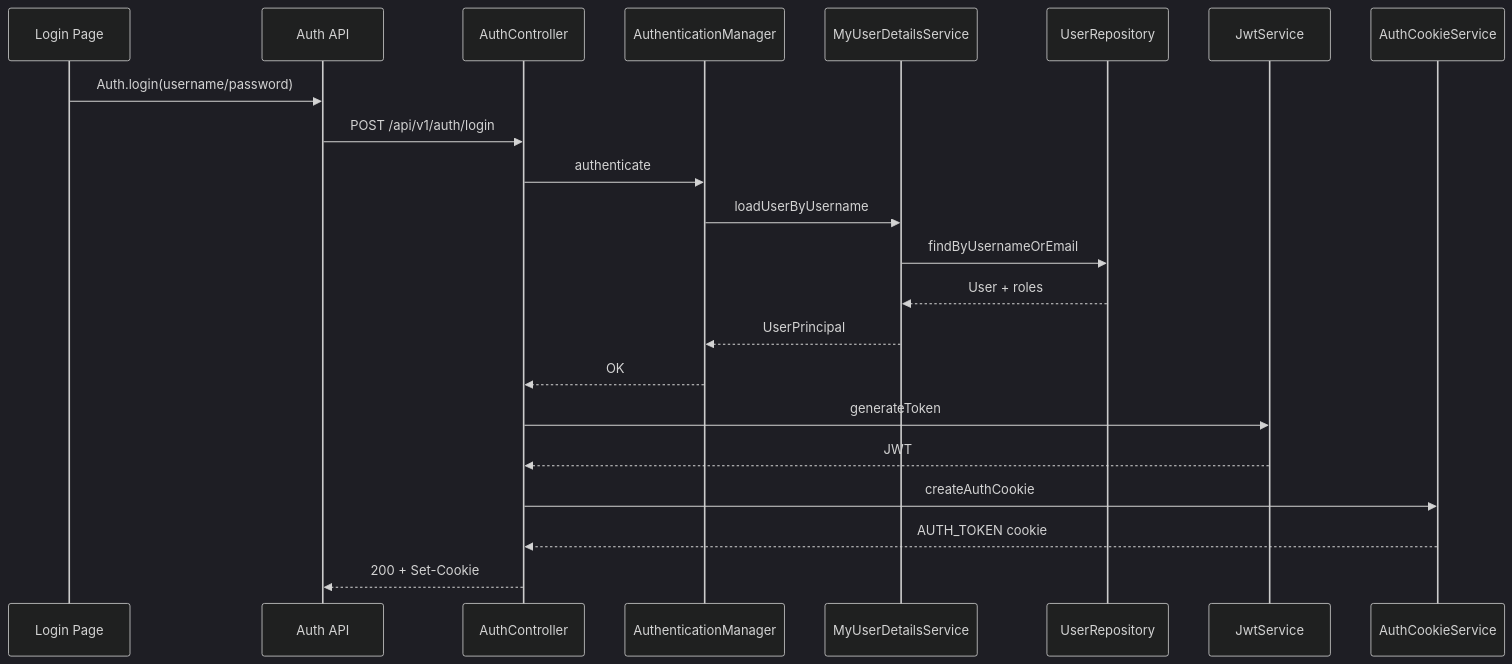
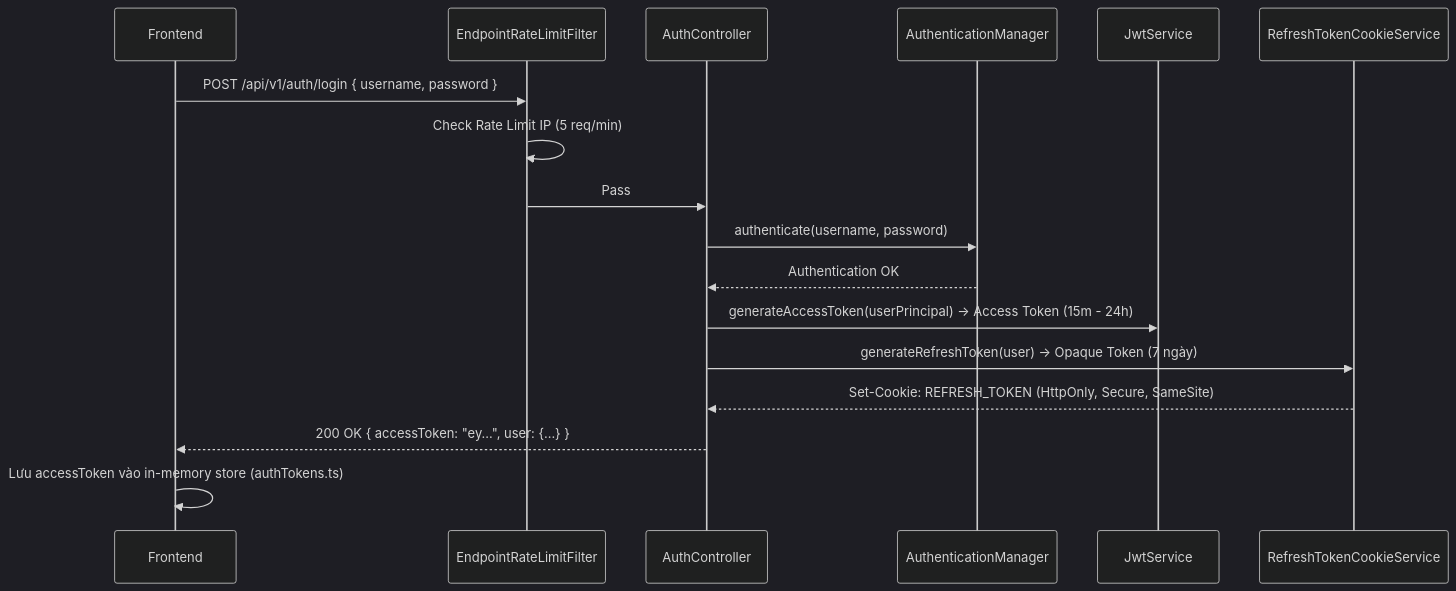
The second of 5 diagrams in docs/03-luong-nghiep-vu.md (phananhkhang/Ladux), drawn with Mermaid (dark theme) before and after one commit. The commit also changed other lines of this file and 6 other files, not shown here.

````diff
--- a/docs/03-luong-nghiep-vu.md
+++ b/docs/03-luong-nghiep-vu.md
@@ -95,25 +77,20 @@
 ```mermaid
 sequenceDiagram
-    participant UI as Login Page
-    participant API as Auth API
-    participant AC as AuthController
-    participant AM as AuthenticationManager
-    participant UD as MyUserDetailsService
-    participant UR as UserRepository
+    participant Client as Frontend
+    participant Rate as EndpointRateLimitFilter
+    participant Auth as AuthController
+    participant Mgr as AuthenticationManager
     participant JWT as JwtService
-    participant CK as AuthCookieService
+    participant Cookie as RefreshTokenCookieService
 
-    UI->>API: Auth.login(username/password)
-    API->>AC: POST /api/v1/auth/login
-    AC->>AM: authenticate
-    AM->>UD: loadUserByUsername
-    UD->>UR: findByUsernameOrEmail
-    UR-->>UD: User + roles
-    UD-->>AM: UserPrincipal
-    AM-->>AC: OK
-    AC->>JWT: generateToken
-    JWT-->>AC: JWT
-    AC->>CK: createAuthCookie
-    CK-->>AC: AUTH_TOKEN cookie
-    AC-->>API: 200 + Set-Cookie
+    Client->>Rate: POST /api/v1/auth/login { username, password }
+    Rate->>Rate: Check Rate Limit IP (5 req/min)
+    Rate->>Auth: Pass
+    Auth->>Mgr: authenticate(username, password)
+    Mgr-->>Auth: Authentication OK
+    Auth->>JWT: generateAccessToken(userPrincipal) -> Access Token (15m - 24h)
+    Auth->>Cookie: generateRefreshToken(user) -> Opaque Token (7 ngày)
+    Cookie-->>Auth: Set-Cookie: REFRESH_TOKEN (HttpOnly, Secure, SameSite)
+    Auth-->>Client: 200 OK { accessToken: "ey...", user: {...} }
+    Client->>Client: Lưu accessToken vào in-memory store (authTokens.ts)
 ```
````
